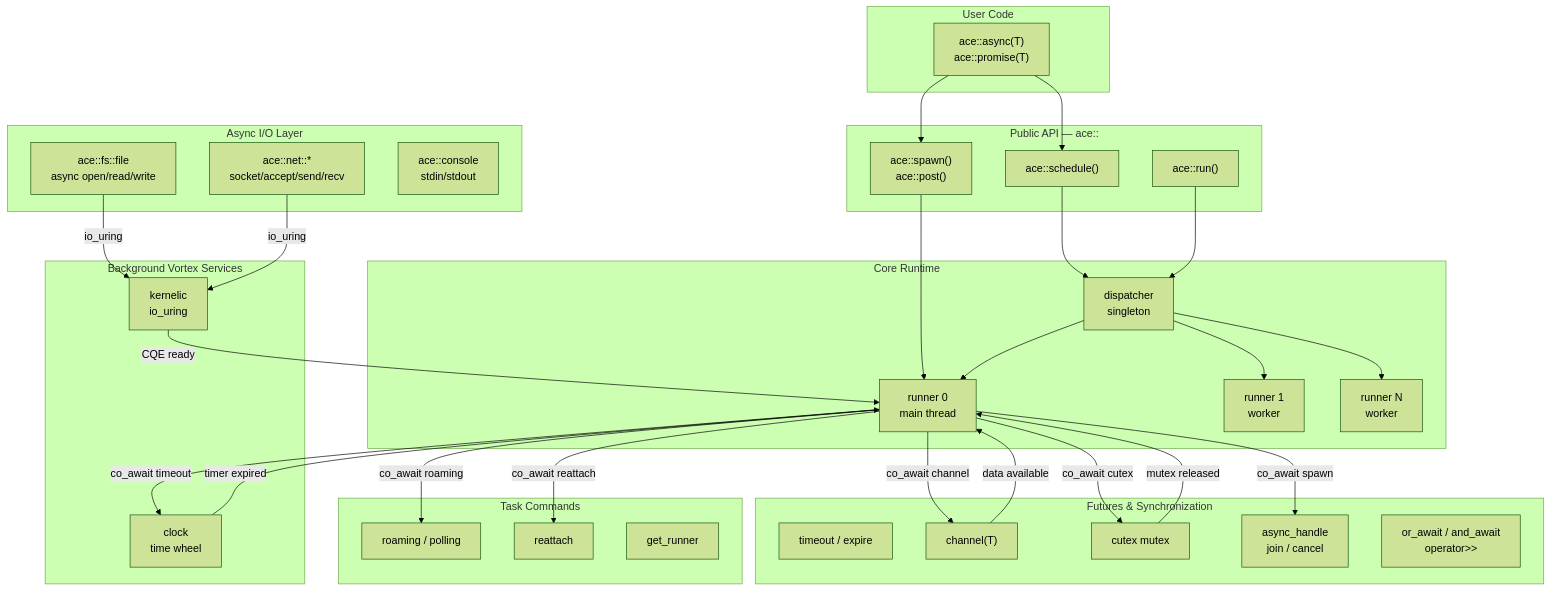
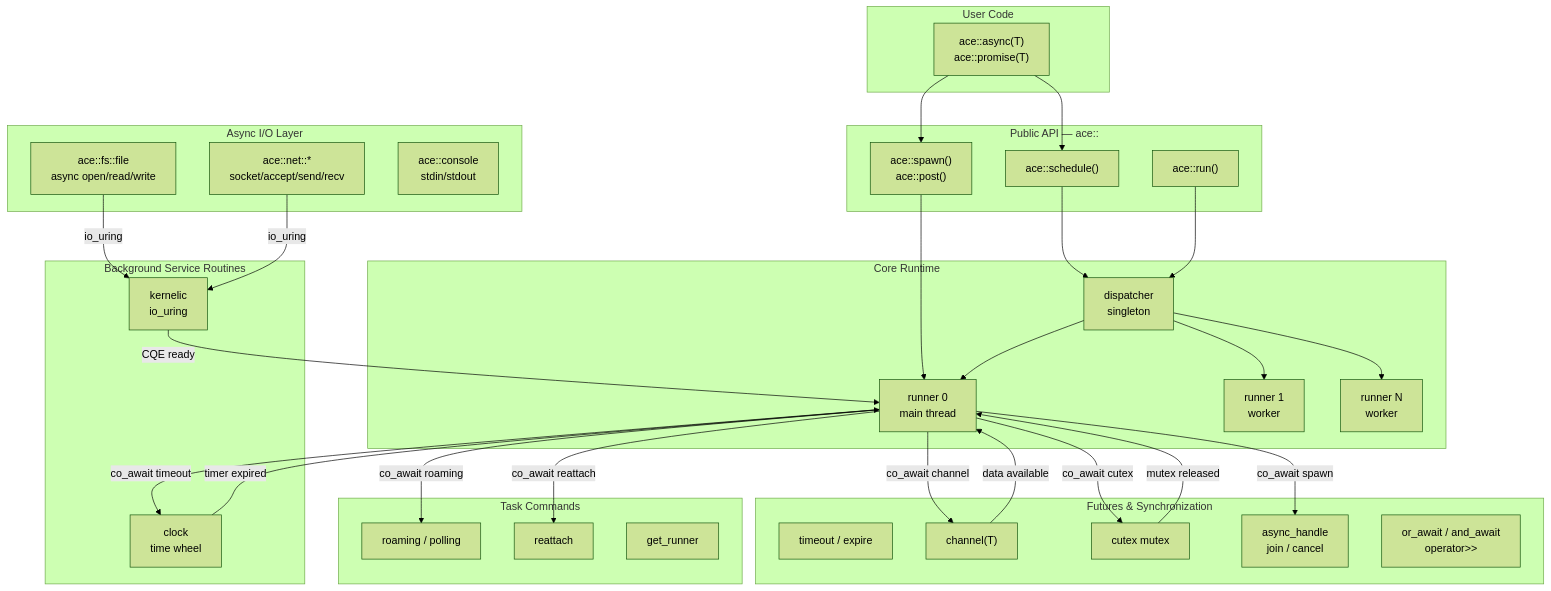
Before and after one commit to OnionSpirit/ace: the first of 8 diagrams in README.md, drawn with Mermaid (forest theme). The commit also changed other lines of this file and 42 other files, not shown here.

````diff
--- a/README.md
+++ b/README.md
@@ -61,65 +61,65 @@
 ```mermaid
 graph TB
     subgraph User["User Code"]
         UC["ace::async(T)\nace::promise(T)"]
     end
 
     subgraph API["Public API — ace::"]
         SCH["ace::schedule()"]
         SPN["ace::spawn()\nace::post()"]
         RUN["ace::run()"]
     end
 
     subgraph Core["Core Runtime"]
         DSP["dispatcher\nsingleton"]
         R0["runner 0\nmain thread"]
         R1["runner 1\nworker"]
         RN["runner N\nworker"]
     end
 
     subgraph Futures["Futures & Synchronization"]
         TO["timeout / expire"]
         CH["channel(T)"]
         CX["cutex mutex"]
         AH["async_handle\njoin / cancel"]
         CO["or_await / and_await\noperator>>"]
     end
 
     subgraph Commands["Task Commands"]
         RM["roaming / polling"]
         RA["reattach"]
         GR["get_runner"]
     end
 
-    subgraph Services["Background Vortex Services"]
+    subgraph Services["Background Service Routines"]
         CLK["clock\ntime wheel"]
         IO["kernelic\nio_uring"]
     end
 
     subgraph IO_Layer["Async I/O Layer"]
         FS["ace::fs::file\nasync open/read/write"]
         NET["ace::net::*\nsocket/accept/send/recv"]
         CON["ace::console\nstdin/stdout"]
     end
 
     UC --> SCH
     UC --> SPN
     SCH --> DSP
     SPN --> R0
     DSP --> R0
     DSP --> R1
     DSP --> RN
     R0 -->|co_await timeout| CLK
     R0 -->|co_await channel| CH
     R0 -->|co_await cutex| CX
     R0 -->|co_await spawn| AH
     R0 -->|co_await reattach| RA
     R0 -->|co_await roaming| RM
     CLK -->|timer expired| R0
     CH -->|data available| R0
     CX -->|mutex released| R0
     IO -->|CQE ready| R0
     FS -->|io_uring| IO
     NET -->|io_uring| IO
     RUN --> DSP
 ```
````
